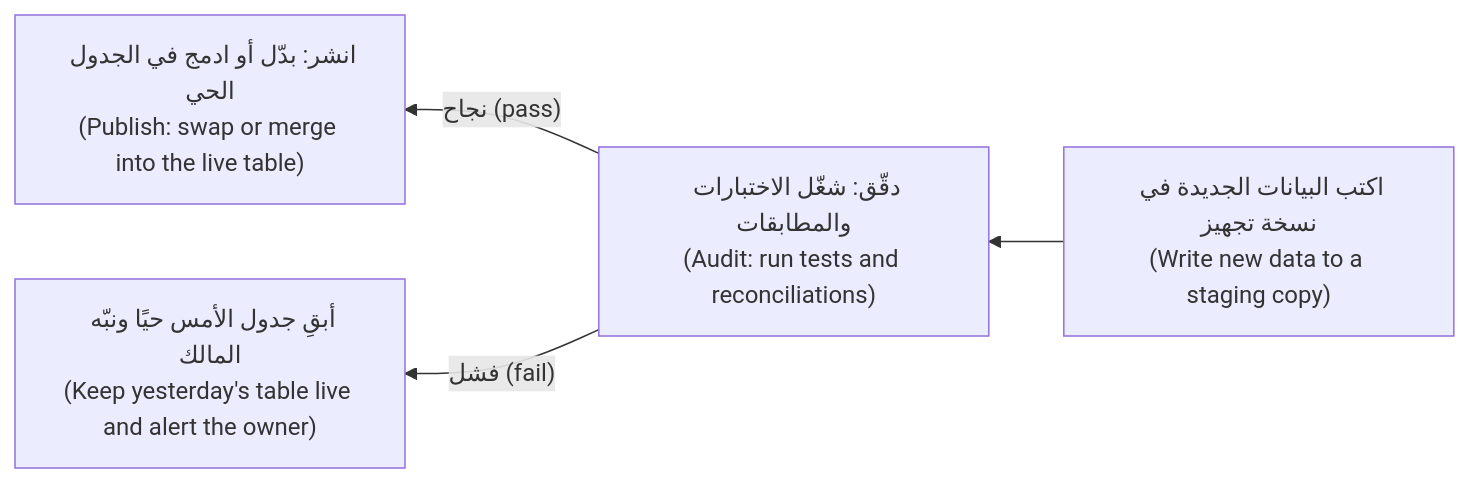
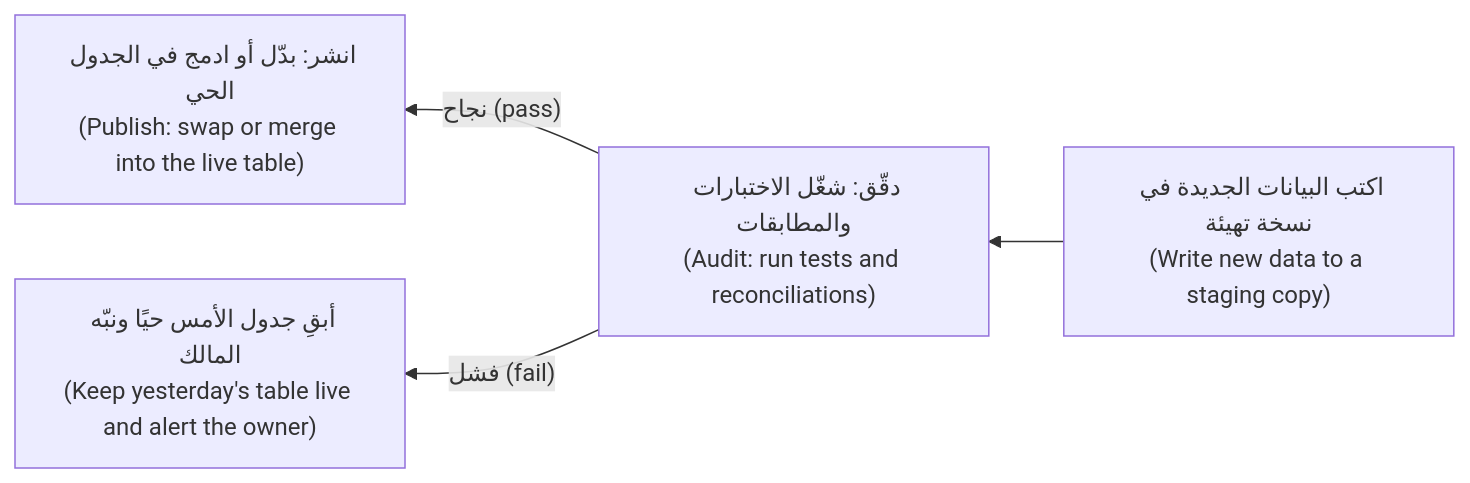
The second of 3 diagrams in data/modules/03-transform-quality.ar.md (Tamoura/system-design-for-vibe-coders), drawn with Mermaid before and after one commit. The commit also changed other lines of this file and 551 other files, not shown here.

````diff
--- a/data/modules/03-transform-quality.ar.md
+++ b/data/modules/03-transform-quality.ar.md
@@ -496,6 +516,6 @@
 ```mermaid
 flowchart RL
-    W["اكتب البيانات الجديدة في نسخة تجهيز<br/>(Write new data to a staging copy)"] --> A["دقّق: شغّل الاختبارات والمطابقات<br/>(Audit: run tests and reconciliations)"]
+    W["اكتب البيانات الجديدة في نسخة تهيئة<br/>(Write new data to a staging copy)"] --> A["دقّق: شغّل الاختبارات والمطابقات<br/>(Audit: run tests and reconciliations)"]
     A -->|"نجاح (pass)"| P["انشر: بدّل أو ادمج في الجدول الحي<br/>(Publish: swap or merge into the live table)"]
     A -->|"فشل (fail)"| Q["أبقِ جدول الأمس حيًا ونبّه المالك<br/>(Keep yesterday's table live and alert the owner)"]
 ```
````
